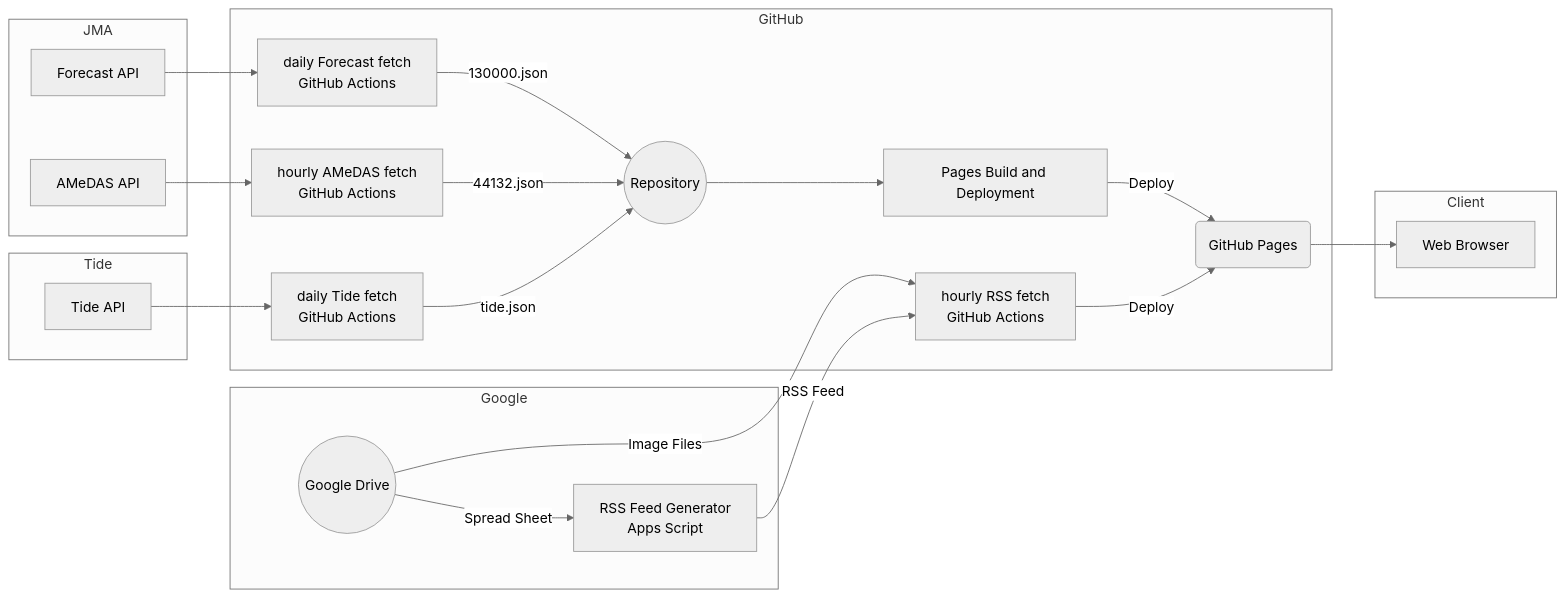
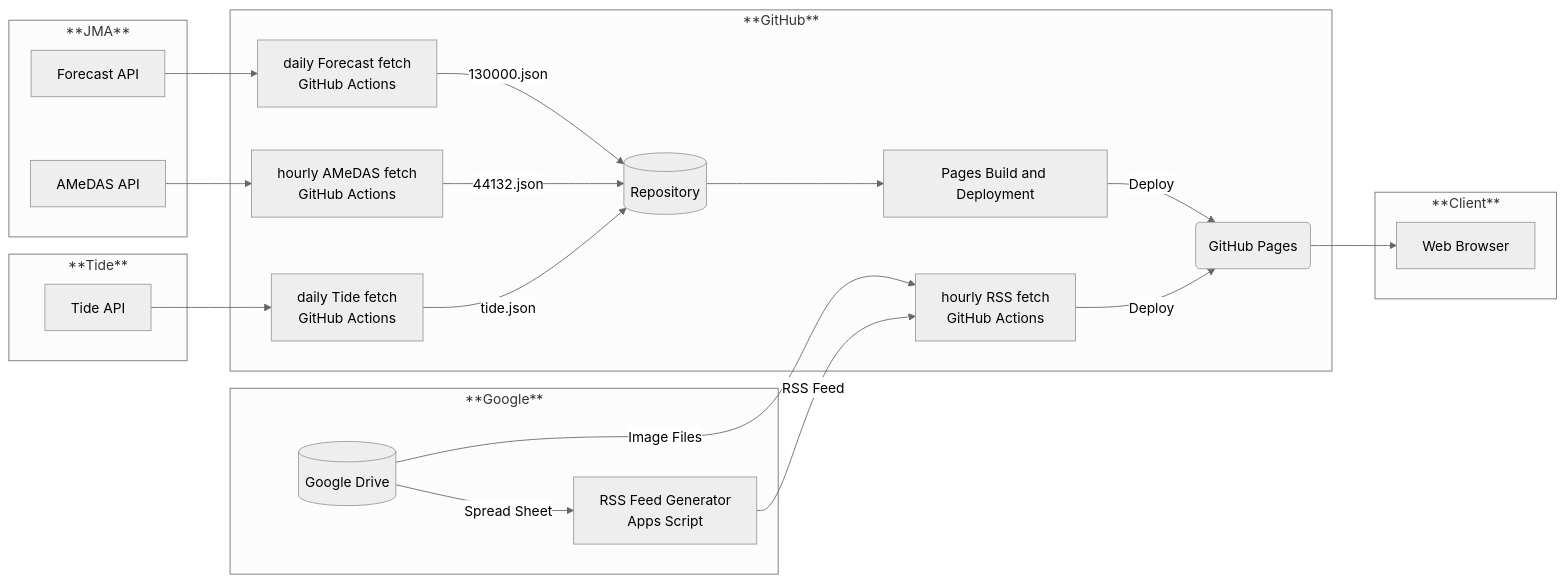
The diagram in architecture.md (c1t0d0s0/phs), drawn with Mermaid (neutral theme) before and after one commit.

````diff
--- a/architecture.md
+++ b/architecture.md
@@ -1,49 +1,49 @@
 ```mermaid
 flowchart LR
-  subgraph GitHub[GitHub]
-    repository((Repository))
+  subgraph GitHub[**GitHub**]
+    repository[(Repository)]
     actions_deploy[Pages Build and Deployment]
     actions_forecast[daily Forecast fetch<br>GitHub Actions]
     actions_amedas[hourly AMeDAS fetch<br>GitHub Actions]
     actions_rss[hourly RSS fetch<br>GitHub Actions]
     actions_tide[daily Tide fetch<br>GitHub Actions]
     pages(GitHub Pages)
   end
 
-  subgraph Google[Google]
-    drive((Google Drive))
+  subgraph Google[**Google**]
+    drive[(Google Drive)]
     apps[RSS Feed Generator<br>Apps Script]
   end
 
-  subgraph JMA[JMA]
+  subgraph JMA[**JMA**]
     forecast_api[Forecast API]
     amedas_api[AMeDAS API]
   end
 
-  subgraph Tide[Tide]
+  subgraph Tide[**Tide**]
     tide_api[Tide API]
   end
 
-  subgraph Client[Client]
+  subgraph Client[**Client**]
     web_browser[Web Browser]
   end
 
   repository --> actions_deploy
   actions_deploy -->|Deploy| pages
 
   drive -->|Spread Sheet| apps
   drive -->|Image Files| actions_rss
   apps -->|RSS Feed| actions_rss
   actions_rss -->|Deploy| pages
 
   forecast_api --> actions_forecast
   actions_forecast -->|130000.json| repository
 
   amedas_api --> actions_amedas
   actions_amedas -->|44132.json| repository
 
   tide_api --> actions_tide
   actions_tide -->|tide.json| repository
 
   pages --> web_browser
 ```
````
